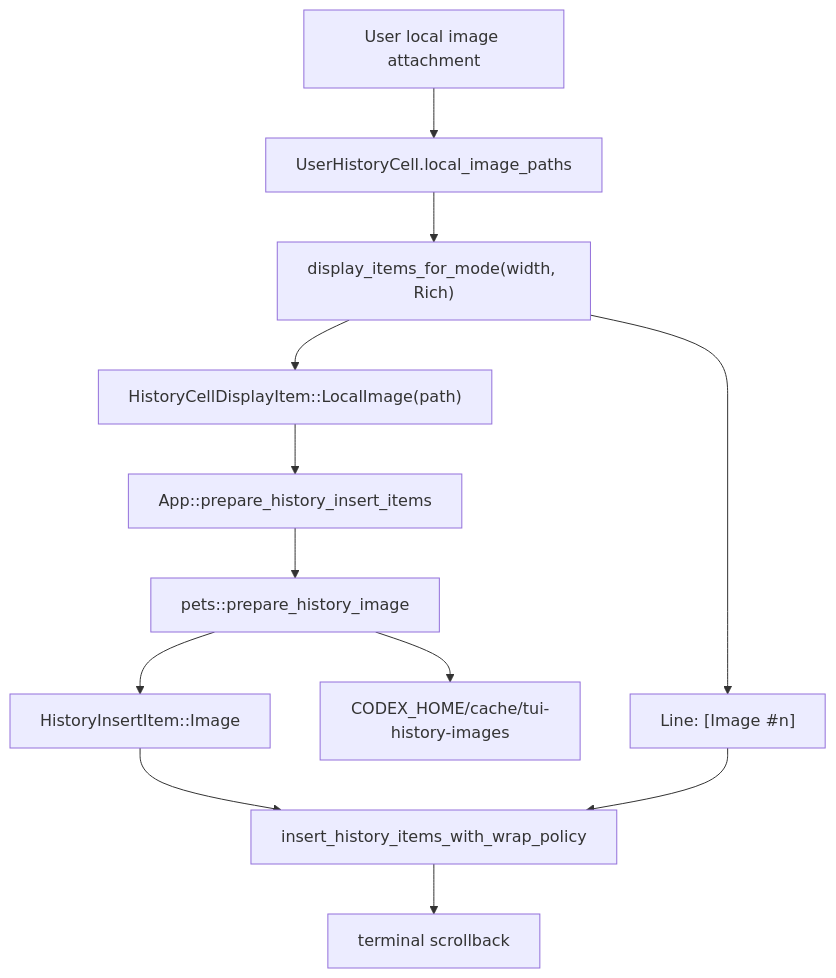
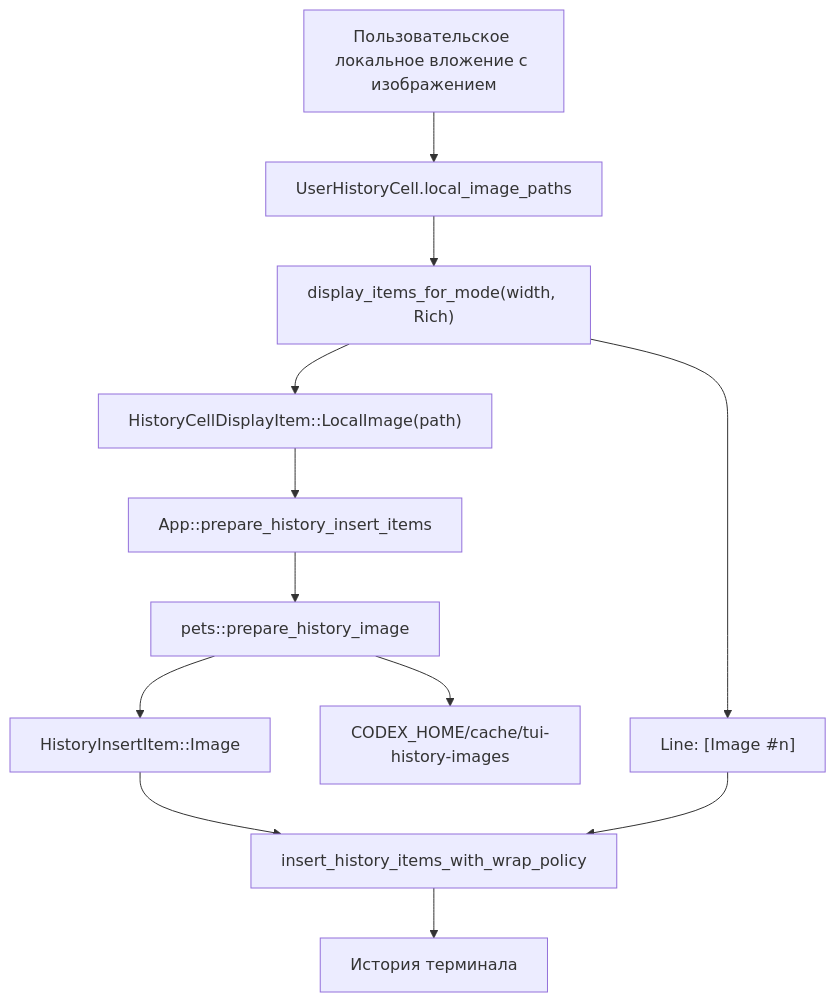
One commit to evil-cats/codex changed the diagram in docs/architecture/features/tui-history-image-previews.md. Above: the diagram before and after it, drawn with Mermaid. The commit also changed other lines of this file, not shown here.

````diff
--- a/docs/architecture/features/tui-history-image-previews.md
+++ b/docs/architecture/features/tui-history-image-previews.md
@@ -112,26 +113,26 @@
 ```mermaid
 flowchart TD
-    Attachment["User local image attachment"]
+    Attachment["Пользовательское локальное вложение с изображением"]
     UserCell["UserHistoryCell.local_image_paths"]
     Display["display_items_for_mode(width, Rich)"]
     Fallback["Line: [Image #n]"]
     Marker["HistoryCellDisplayItem::LocalImage(path)"]
     Prepare["App::prepare_history_insert_items"]
     Pets["pets::prepare_history_image"]
     Cache["CODEX_HOME/cache/tui-history-images"]
     Item["HistoryInsertItem::Image"]
     Writer["insert_history_items_with_wrap_policy"]
-    Scrollback["terminal scrollback"]
+    Scrollback["История терминала"]
 
     Attachment --> UserCell
     UserCell --> Display
     Display --> Fallback
     Display --> Marker
     Marker --> Prepare
     Prepare --> Pets
     Pets --> Cache
     Pets --> Item
     Item --> Writer
     Fallback --> Writer
     Writer --> Scrollback
 ```
````
